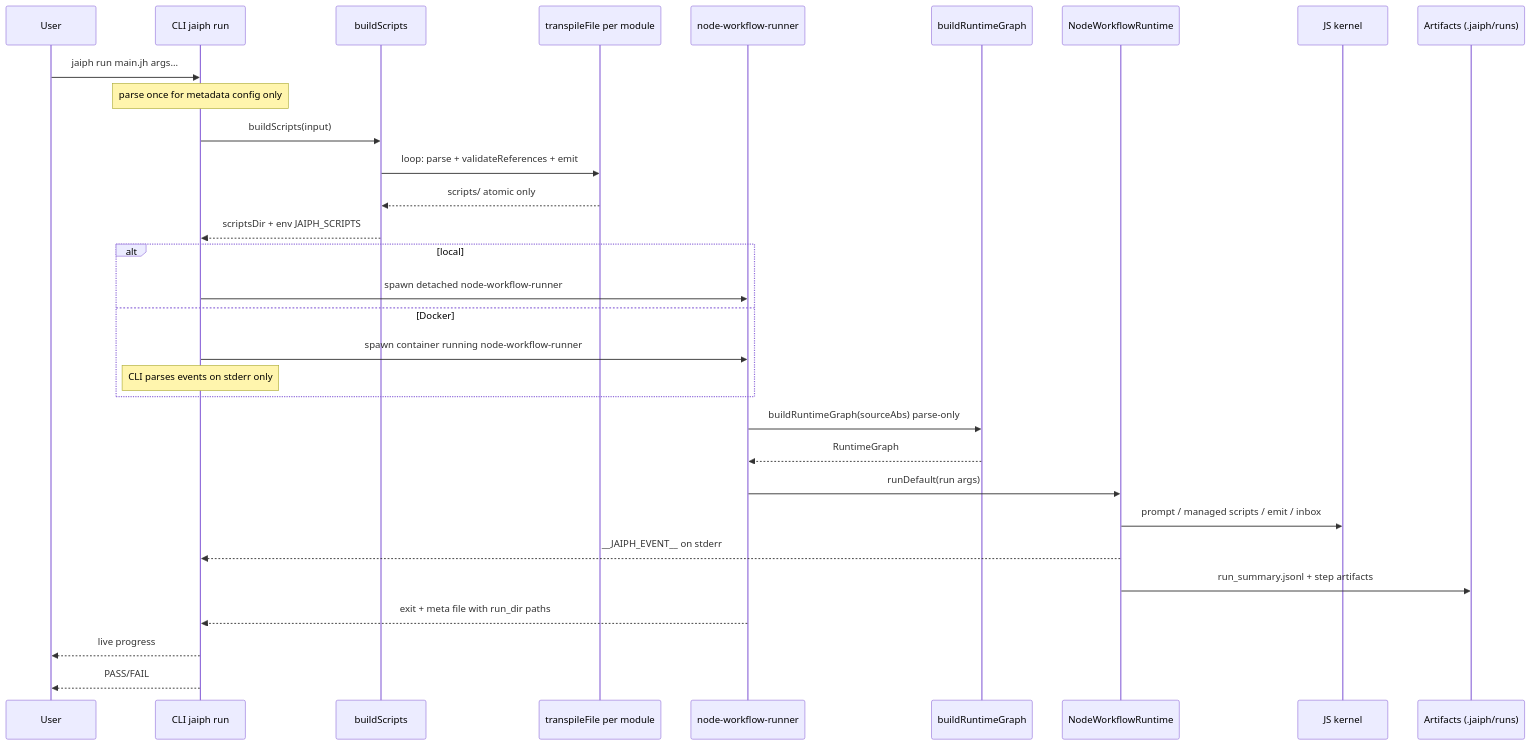
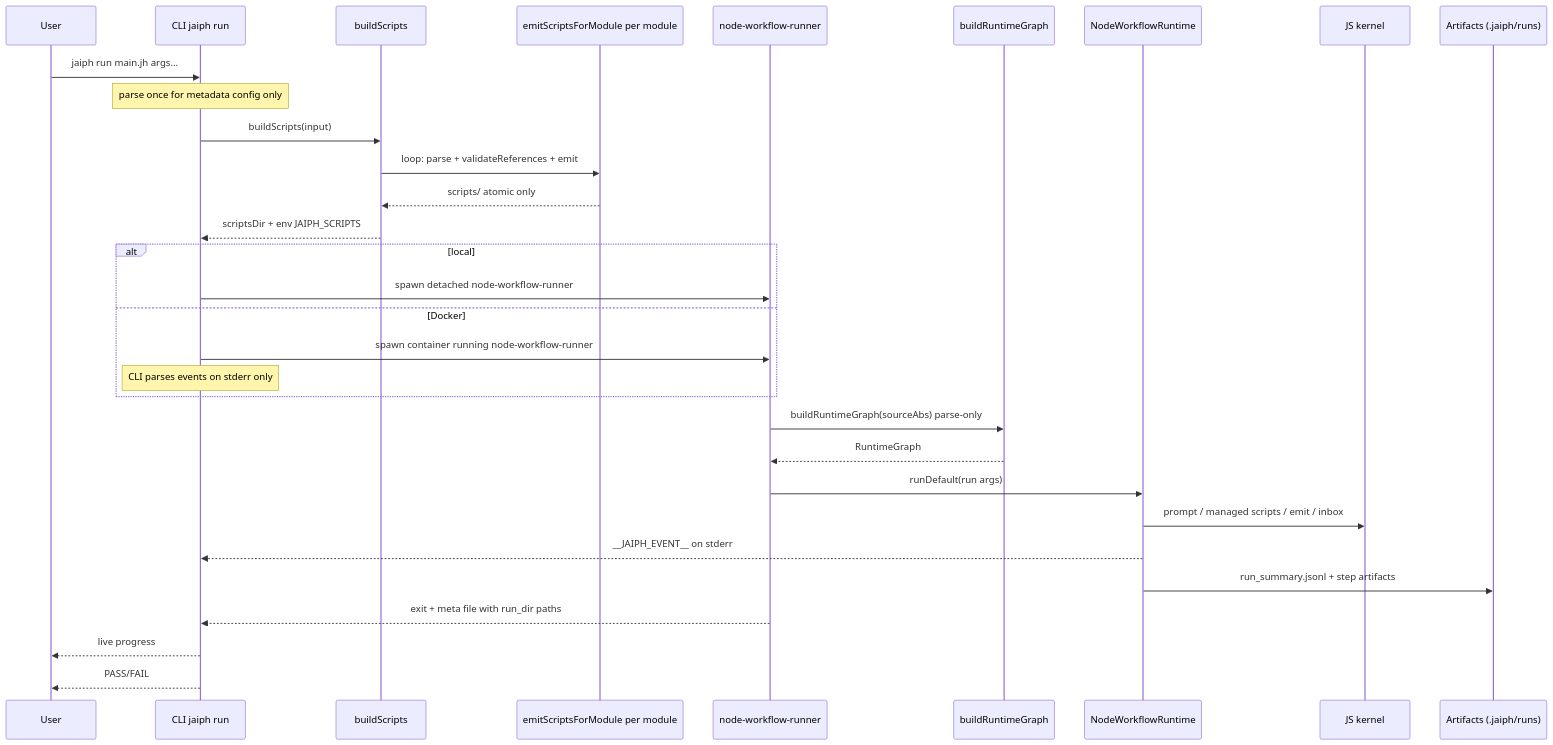
One commit to jaiphlang/jaiph changed the second of 3 diagrams in ARCHITECTURE.md. Above: the diagram before and after it, drawn with Mermaid. The commit also changed other lines of this file and 37 other files, not shown here.

````diff
--- a/ARCHITECTURE.md
+++ b/ARCHITECTURE.md
@@ -148,34 +147,34 @@
 ```mermaid
 sequenceDiagram
     participant User
     participant CLI as CLI jaiph run
     participant Prep as buildScripts
-    participant TF as transpileFile per module
+    participant TF as emitScriptsForModule per module
     participant Runner as node-workflow-runner
     participant Graph as buildRuntimeGraph
     participant Runtime as NodeWorkflowRuntime
     participant Kernel as JS kernel
     participant Report as Artifacts (.jaiph/runs)
 
     User->>CLI: jaiph run main.jh args...
     Note over CLI: parse once for metadata config only
     CLI->>Prep: buildScripts(input)
     Prep->>TF: loop: parse + validateReferences + emit
     TF-->>Prep: scripts/ atomic only
     Prep-->>CLI: scriptsDir + env JAIPH_SCRIPTS
     alt local
         CLI->>Runner: spawn detached node-workflow-runner
     else Docker
         CLI->>Runner: spawn container running node-workflow-runner
         Note over CLI: CLI parses events on stderr only
     end
     Runner->>Graph: buildRuntimeGraph(sourceAbs) parse-only
     Graph-->>Runner: RuntimeGraph
     Runner->>Runtime: runDefault(run args)
     Runtime->>Kernel: prompt / managed scripts / emit / inbox
     Runtime-->>CLI: __JAIPH_EVENT__ on stderr
     Runtime->>Report: run_summary.jsonl + step artifacts
     Runner-->>CLI: exit + meta file with run_dir paths
     CLI-->>User: live progress
     CLI-->>User: PASS/FAIL
 ```
````
